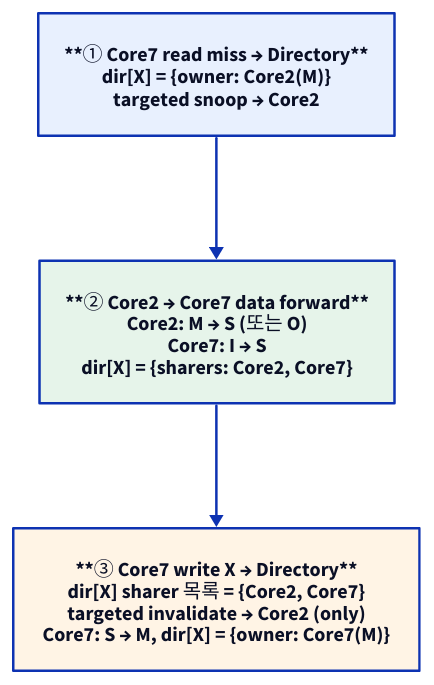
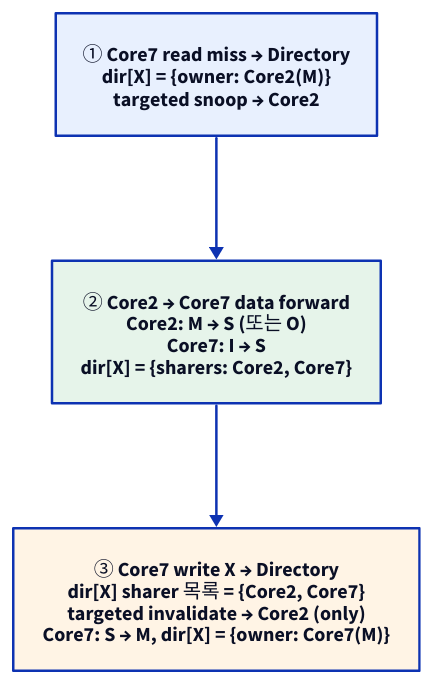
One commit to humbleowl39/DV_SKOOL changed the second of 3 diagrams in starlight_site/src/content/docs/cache_coherence/03_directory_scalability.md. Above: the diagram before and after it, drawn with D2. The commit also changed other lines of this file and 714 other files, not shown here.

First line of the commit message:
fix(site): d2 다이어그램 가독성 결함 6종 일괄 수정

````diff
--- a/starlight_site/src/content/docs/cache_coherence/03_directory_scalability.md
+++ b/starlight_site/src/content/docs/cache_coherence/03_directory_scalability.md
@@ -74,17 +74,17 @@
 ```d2
 direction: down
 
-S1: "**① Core7 read miss → Directory**\ndir[X] = {owner: Core2(M)}\ntargeted snoop → Core2" {
+S1: "① Core7 read miss → Directory\ndir[X] = {owner: Core2(M)}\ntargeted snoop → Core2" {
   style.fill: "#e8f0fe"
   style.font-color: "#0A0F25"
 }
-S2: "**② Core2 → Core7 data forward**\nCore2: M → S (또는 O)\nCore7: I → S\ndir[X] = {sharers: Core2, Core7}" {
+S2: "② Core2 → Core7 data forward\nCore2: M → S (또는 O)\nCore7: I → S\ndir[X] = {sharers: Core2, Core7}" {
   style.fill: "#e6f4ea"
   style.font-color: "#0A0F25"
 }
-S3: "**③ Core7 write X → Directory**\ndir[X] sharer 목록 = {Core2, Core7}\ntargeted invalidate → Core2 (only)\nCore7: S → M, dir[X] = {owner: Core7(M)}" {
+S3: "③ Core7 write X → Directory\ndir[X] sharer 목록 = {Core2, Core7}\ntargeted invalidate → Core2 (only)\nCore7: S → M, dir[X] = {owner: Core7(M)}" {
   style.fill: "#fff4e5"
   style.font-color: "#0A0F25"
 }
 S1 -> S2 -> S3
 ```
````
